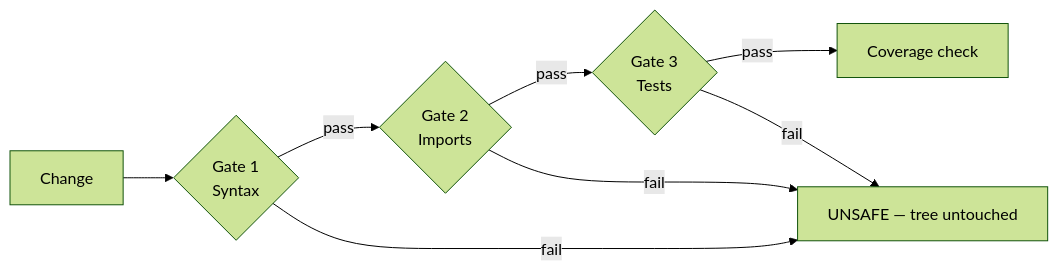
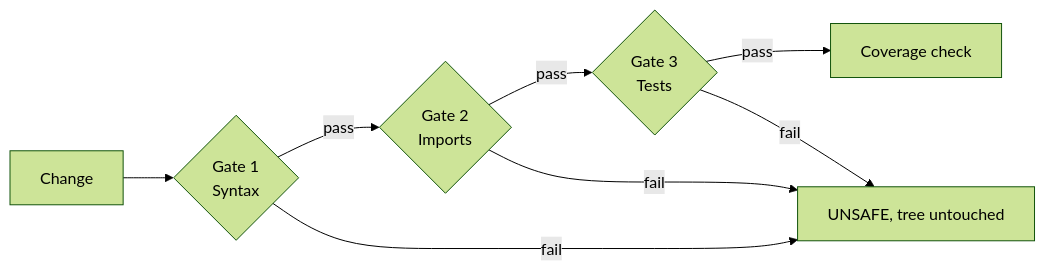
Before and after one commit to Refactron-ai/Refactron_Lib_TS: the diagram in docs/concepts/safety-model.mdx, drawn with Mermaid (forest theme). The commit also changed other lines of this file and 14 other files, not shown here.

````diff
--- a/docs/concepts/safety-model.mdx
+++ b/docs/concepts/safety-model.mdx
@@ -26,10 +26,10 @@
 ```mermaid
 flowchart LR
   Plan[Change] --> G1{Gate 1<br/>Syntax}
   G1 -- pass --> G2{Gate 2<br/>Imports}
   G2 -- pass --> G3{Gate 3<br/>Tests}
   G3 -- pass --> COV[Coverage check]
-  G1 -- fail --> Reject[UNSAFE — tree untouched]
+  G1 -- fail --> Reject[UNSAFE, tree untouched]
   G2 -- fail --> Reject
   G3 -- fail --> Reject
 ```
````
